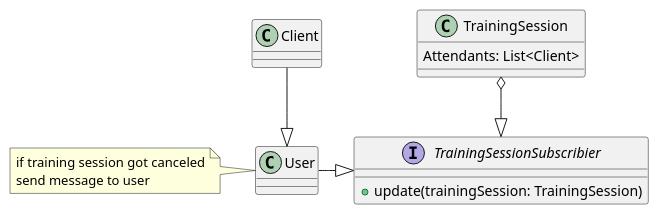
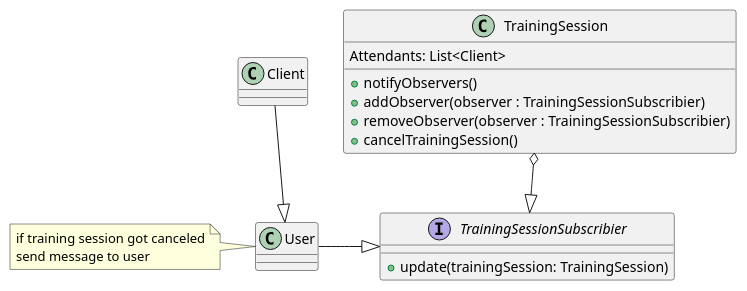
Before and after one commit to filip-stepien/software-engineering-lab: the diagram in src/pattern_diagrams/rafal/observer.puml, drawn with PlantUML.

Commit message:
improve diagram

```diff
--- a/src/pattern_diagrams/rafal/observer.puml
+++ b/src/pattern_diagrams/rafal/observer.puml
@@ -1,28 +1,33 @@
-@startuml
+@startuml observer
 class User {
   
 }
 
 Note left of User{
   if training session got canceled
   send message to user
 }
 
 Class Client {
 
 }
 
 Client --|> User
 
 interface TrainingSessionSubscribier{
   + update(trainingSession: TrainingSession)
 }
 
 TrainingSession o--|> TrainingSessionSubscribier
 User -|> TrainingSessionSubscribier
 
 class TrainingSession{
   Attendants: List<Client>
+
+  + notifyObservers()
+  + addObserver(observer : TrainingSessionSubscribier)
+  + removeObserver(observer : TrainingSessionSubscribier)
+  + cancelTrainingSession()
 }
 
 @enduml
```
